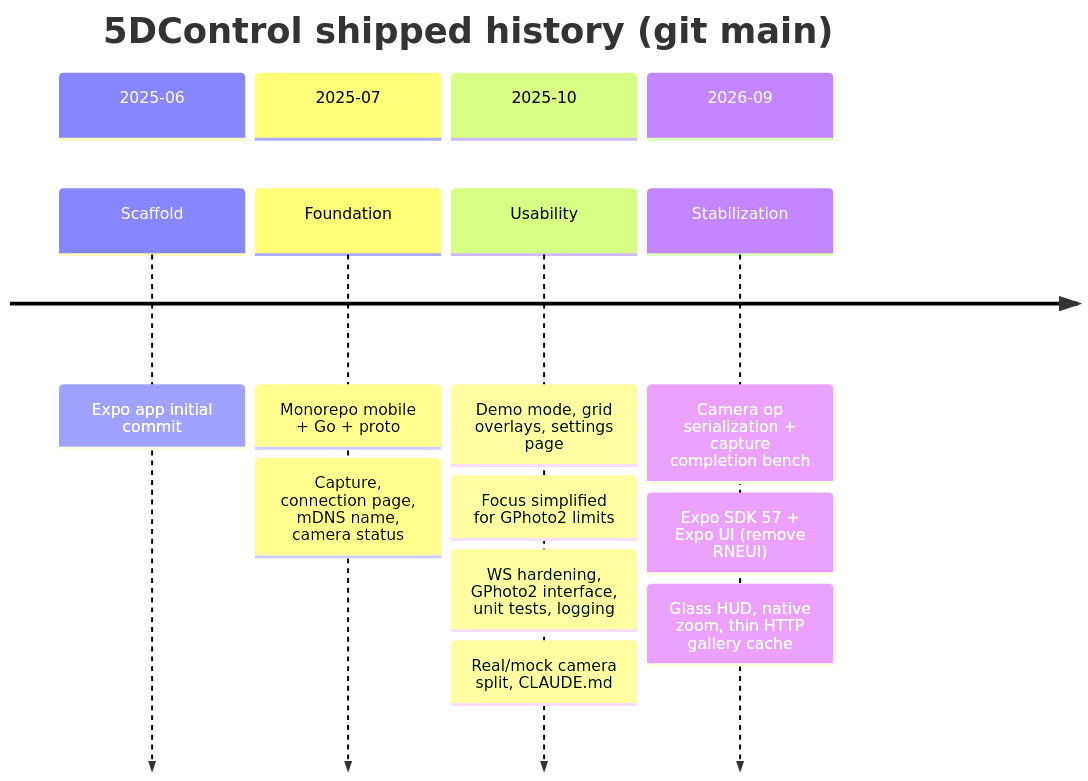
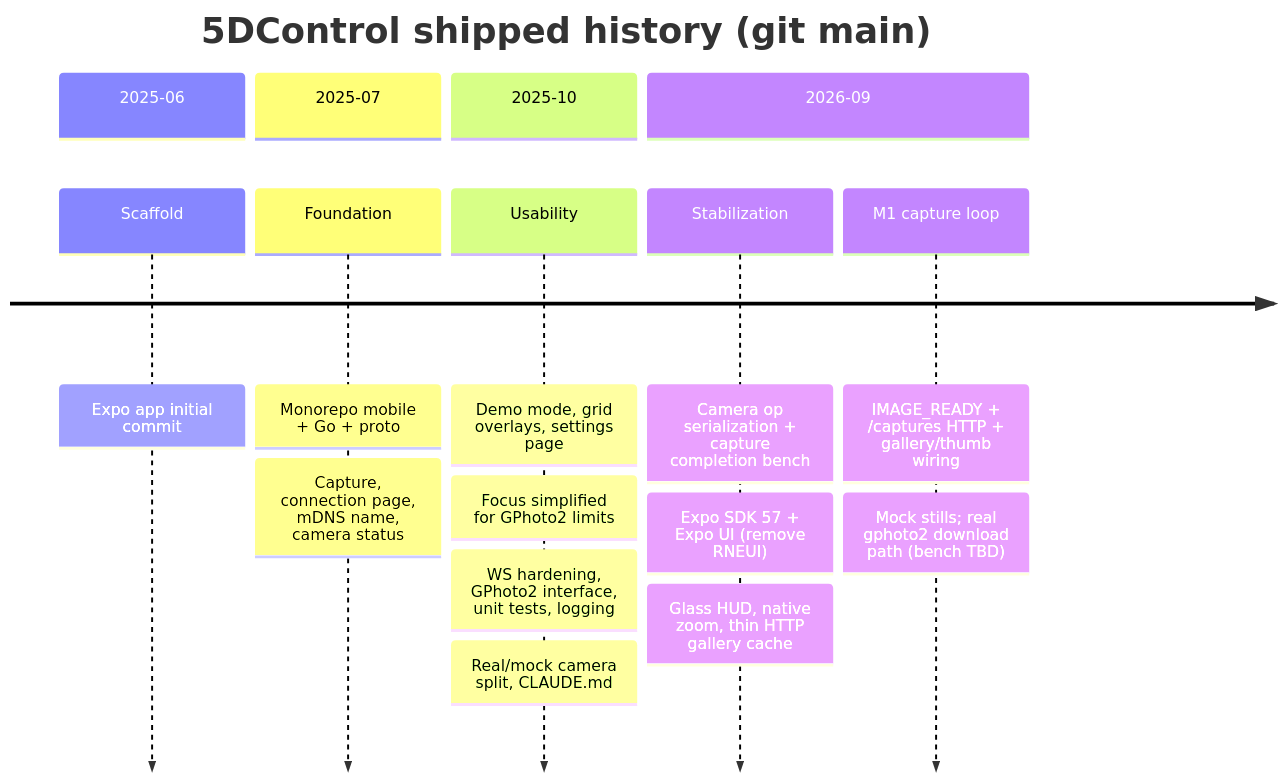
One commit to cjlawson02/5dcontrol changed the first of 4 diagrams in docs/ROADMAP.md. Above: the diagram before and after it, drawn with Mermaid. The commit also changed other lines of this file and 34 other files, not shown here.

First line of the commit message:
feat: close capture→review loop with IMAGE_READY and HTTP stills

````diff
--- a/docs/ROADMAP.md
+++ b/docs/ROADMAP.md
@@ -7,18 +7,20 @@
 ```mermaid
 timeline
   title 5DControl shipped history (git main)
-  section 2025-06
-    Scaffold : Expo app initial commit
-  section 2025-07
-    Foundation : Monorepo mobile + Go + proto
-               : Capture, connection page, mDNS name, camera status
-  section 2025-10
-    Usability : Demo mode, grid overlays, settings page
-              : Focus simplified for GPhoto2 limits
-              : WS hardening, GPhoto2 interface, unit tests, logging
-              : Real/mock camera split, CLAUDE.md
-  section 2026-09
-    Stabilization : Camera op serialization + capture completion bench
-                  : Expo SDK 57 + Expo UI (remove RNEUI)
-                  : Glass HUD, native zoom, thin HTTP gallery cache
+    section 2025-06
+      Scaffold : Expo app initial commit
+    section 2025-07
+      Foundation : Monorepo mobile + Go + proto
+                 : Capture, connection page, mDNS name, camera status
+    section 2025-10
+      Usability : Demo mode, grid overlays, settings page
+                : Focus simplified for GPhoto2 limits
+                : WS hardening, GPhoto2 interface, unit tests, logging
+                : Real/mock camera split, CLAUDE.md
+    section 2026-09
+      Stabilization : Camera op serialization + capture completion bench
+                    : Expo SDK 57 + Expo UI (remove RNEUI)
+                    : Glass HUD, native zoom, thin HTTP gallery cache
+      M1 capture loop : IMAGE_READY + /captures HTTP + gallery/thumb wiring
+                      : Mock stills; real gphoto2 download path (bench TBD)
 ```
````
